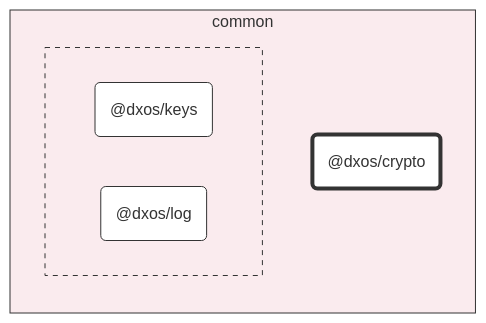
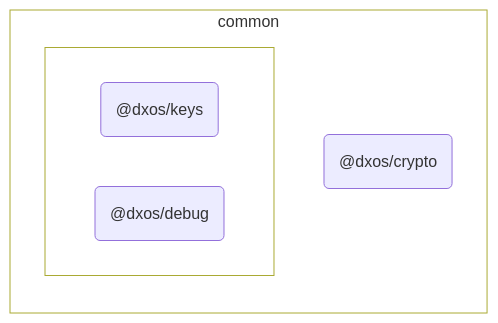
The diagram in packages/common/crypto/docs/README.md (dxos/dxos), drawn with Mermaid before and after one commit. The commit also changed other lines of this file and 127 other files, not shown here.

````diff
--- a/packages/common/crypto/docs/README.md
+++ b/packages/common/crypto/docs/README.md
@@ -7,28 +7,25 @@
 ```mermaid
 %%{ init: {'flowchart':{'curve':'basis'}} }%%
 
 flowchart LR
 
 %% Classes
-classDef def fill:#fff,stroke:#333,stroke-width:1px
-classDef root fill:#fff,stroke:#333,stroke-width:4px
+
+
 
 %% Nodes
 
 subgraph common [common]
-  style common fill:#faebee,stroke:#333
+  style common fill:transparent
   dxos/crypto("@dxos/crypto"):::root
   click dxos/crypto "dxos/dxos/tree/main/packages/common/crypto/docs"
 
   subgraph _ [ ]
-    style _ fill:#faebee,stroke:#333,stroke-dasharray:5 5
+    style _ fill:transparent
     dxos/keys("@dxos/keys"):::def
     click dxos/keys "dxos/dxos/tree/main/packages/common/keys/docs"
-    dxos/log("@dxos/log"):::def
-    click dxos/log "dxos/dxos/tree/main/packages/common/log/docs"
+    dxos/debug("@dxos/debug"):::def
+    click dxos/debug "dxos/dxos/tree/main/packages/common/debug/docs"
   end
 end
-
-%% Links
-linkStyle default stroke:#333,stroke-width:1px
 ```
````
